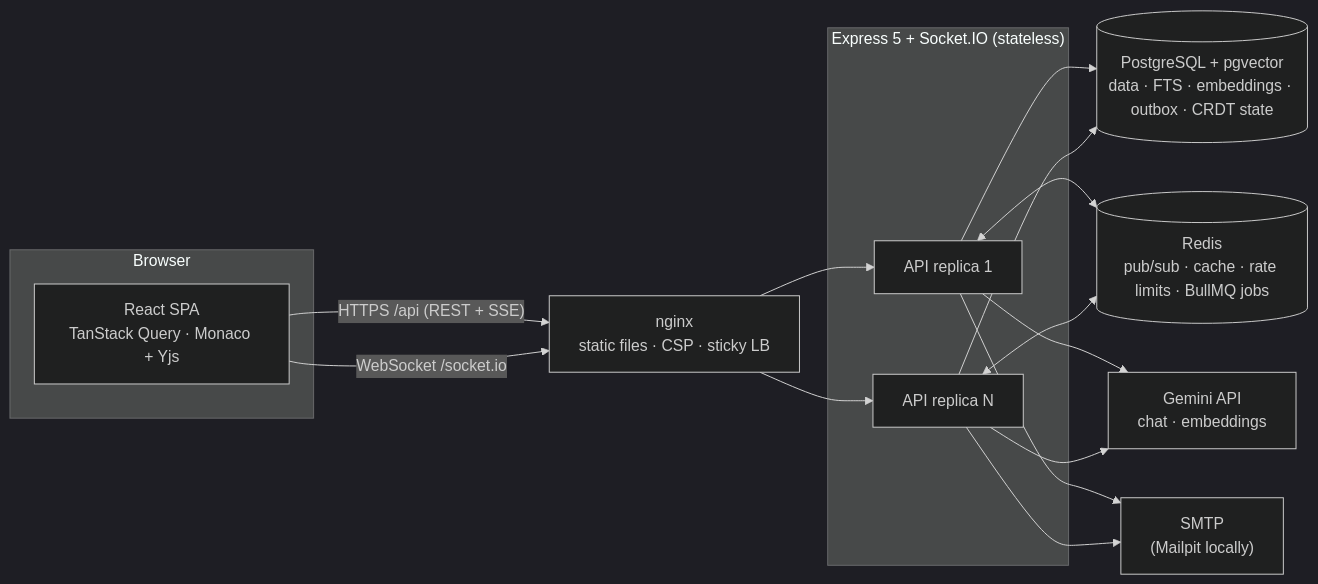
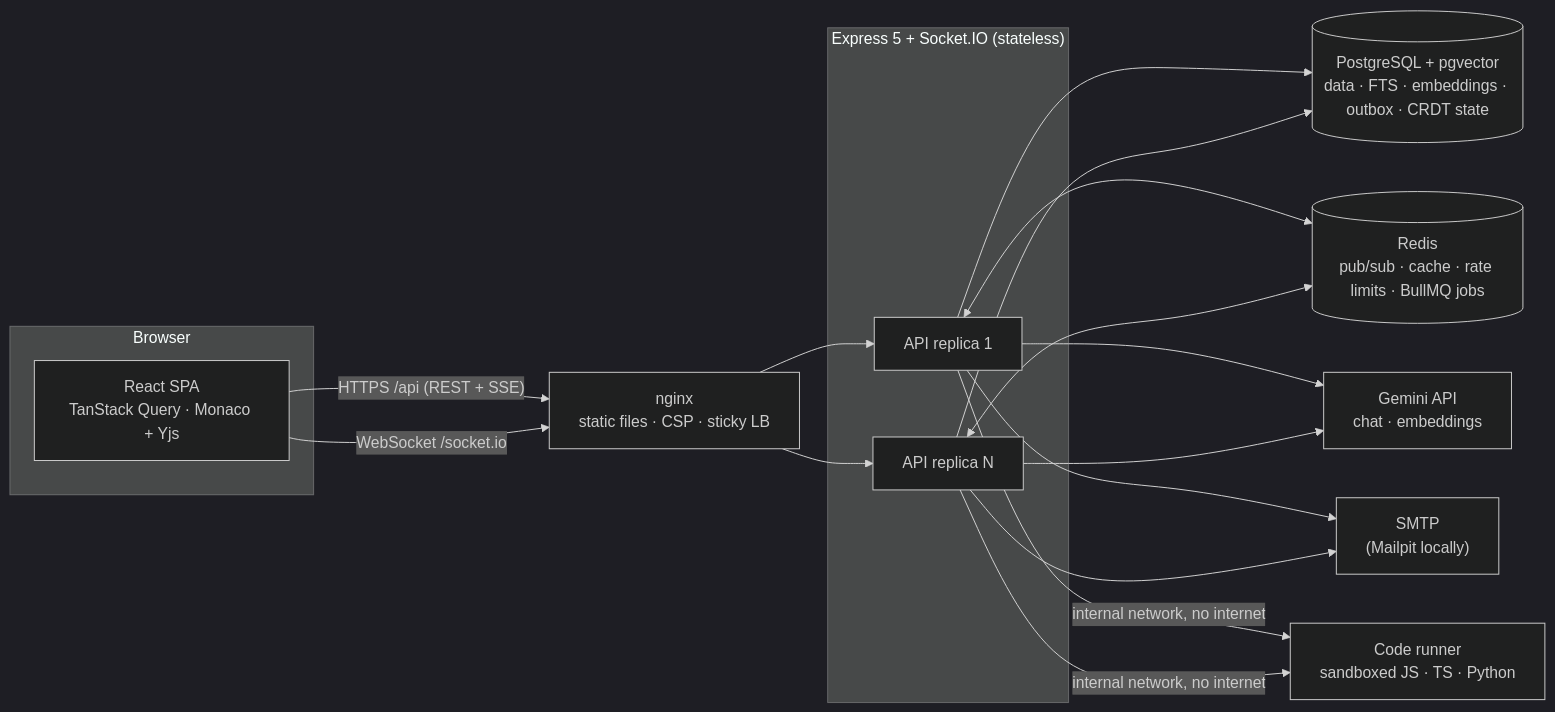
One commit to pankajbaid567/DevHub- changed the first of 2 diagrams in README.md. Above: the diagram before and after it, drawn with Mermaid (dark theme). The commit also changed other lines of this file and 38 other files, not shown here.

First line of the commit message:
Add sandboxed code execution to live sessions

````diff
--- a/README.md
+++ b/README.md
@@ -93,18 +99,19 @@
 ```mermaid
 flowchart LR
   subgraph Browser
     SPA["React SPA<br/>TanStack Query · Monaco + Yjs"]
   end
   SPA -- "HTTPS /api (REST + SSE)" --> NGINX
   SPA -- "WebSocket /socket.io" --> NGINX
   NGINX["nginx<br/>static files · CSP · sticky LB"] --> API1["API replica 1"]
   NGINX --> API2["API replica N"]
   subgraph API["Express 5 + Socket.IO (stateless)"]
     API1
     API2
   end
   API1 & API2 --> PG[("PostgreSQL + pgvector<br/>data · FTS · embeddings · outbox · CRDT state")]
   API1 & API2 <--> REDIS[("Redis<br/>pub/sub · cache · rate limits · BullMQ jobs")]
   API1 & API2 --> GEMINI["Gemini API<br/>chat · embeddings"]
   API1 & API2 --> SMTP["SMTP<br/>(Mailpit locally)"]
+  API1 & API2 -- "internal network, no internet" --> RUN["Code runner<br/>sandboxed JS · TS · Python"]
 ```
````
